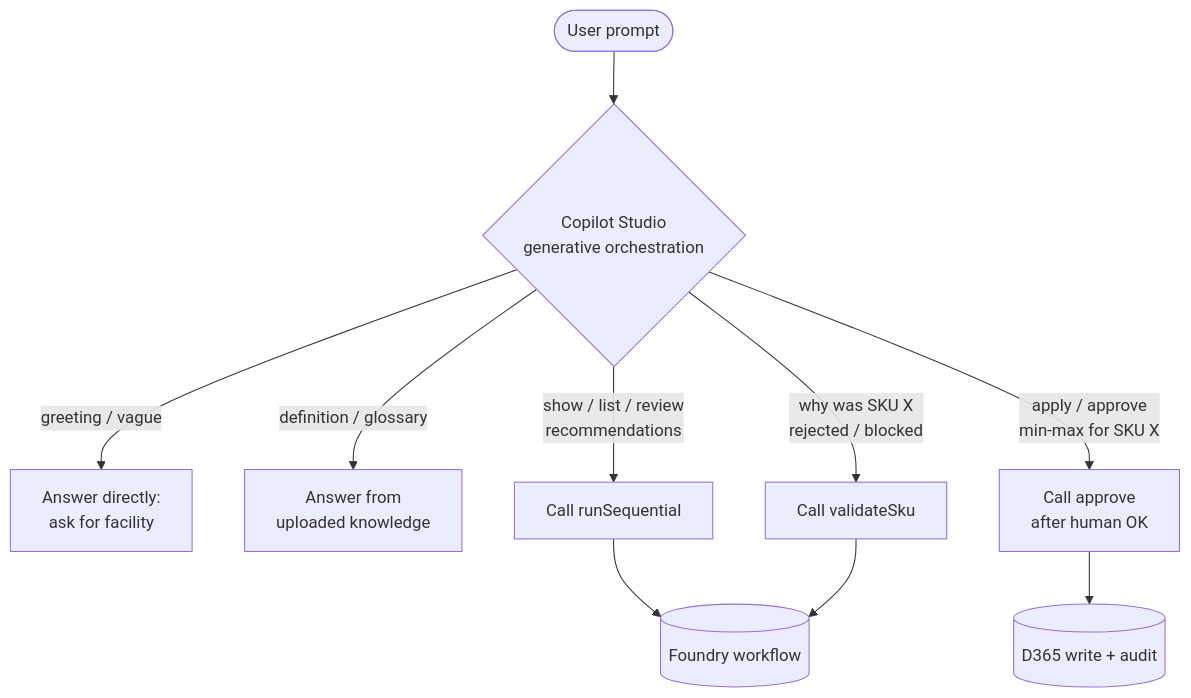
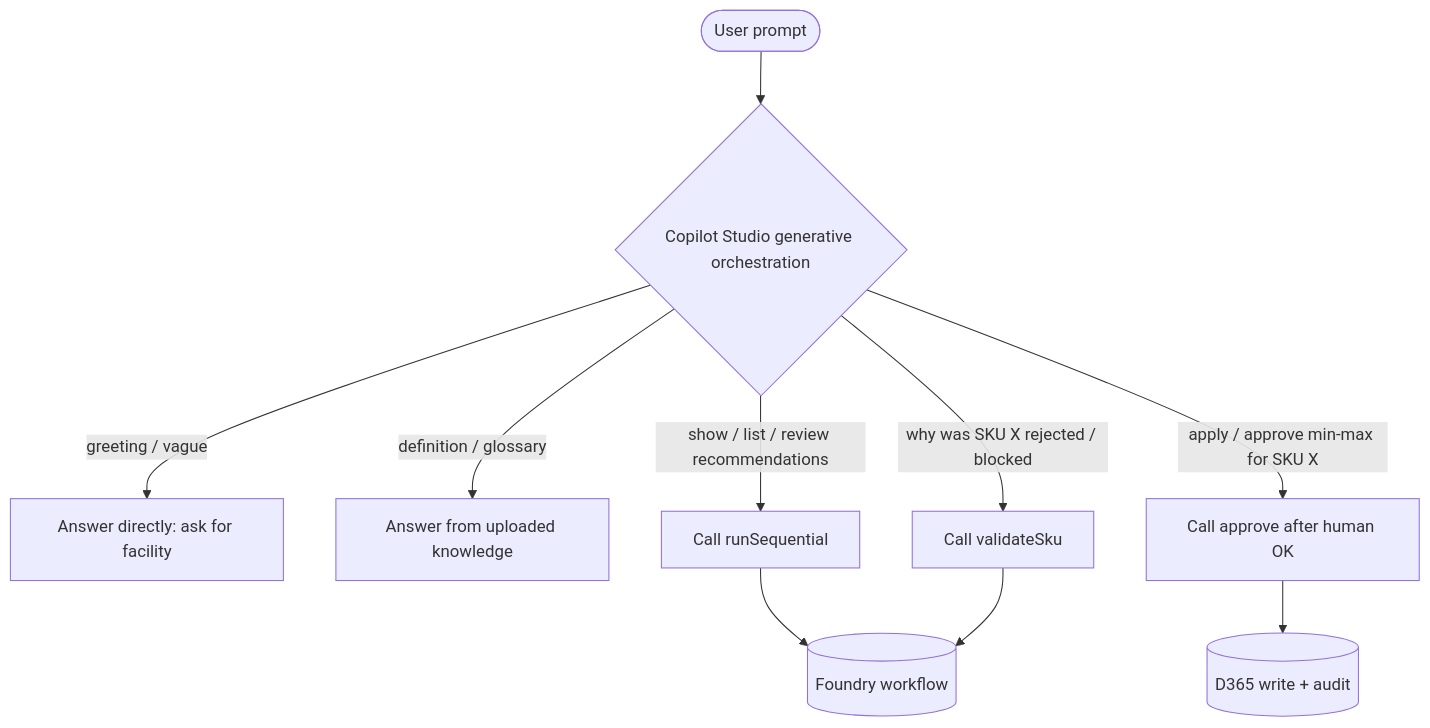
Before and after one commit to honestypugh2/warehouse-replenishment-ai-demo: the diagram in docs/08-copilot-studio-setup.md, drawn with Mermaid. The commit also changed 3 other files, not shown here.

First line of the commit message:
fix: resolve Mermaid rendering in all docs

````diff
--- a/docs/08-copilot-studio-setup.md
+++ b/docs/08-copilot-studio-setup.md
@@ -169,12 +169,12 @@
 ```mermaid
 flowchart TD
-    U([User prompt]) --> O{Copilot Studio<br/>generative orchestration}
-    O -->|greeting / vague| C[Answer directly:<br/>ask for facility]
-    O -->|definition / glossary| K[Answer from<br/>uploaded knowledge]
-    O -->|show / list / review<br/>recommendations| R[Call runSequential]
-    O -->|why was SKU X<br/>rejected / blocked| V[Call validateSku]
-    O -->|apply / approve<br/>min-max for SKU X| A[Call approve<br/>after human OK]
+    U([User prompt]) --> O{Copilot Studio generative orchestration}
+    O -->|greeting / vague| C[Answer directly: ask for facility]
+    O -->|definition / glossary| K[Answer from uploaded knowledge]
+    O -->|show / list / review recommendations| R[Call runSequential]
+    O -->|why was SKU X rejected / blocked| V[Call validateSku]
+    O -->|apply / approve min-max for SKU X| A[Call approve after human OK]
     R --> F[(Foundry workflow)]
     V --> F
     A --> D[(D365 write + audit)]
 ```
````
